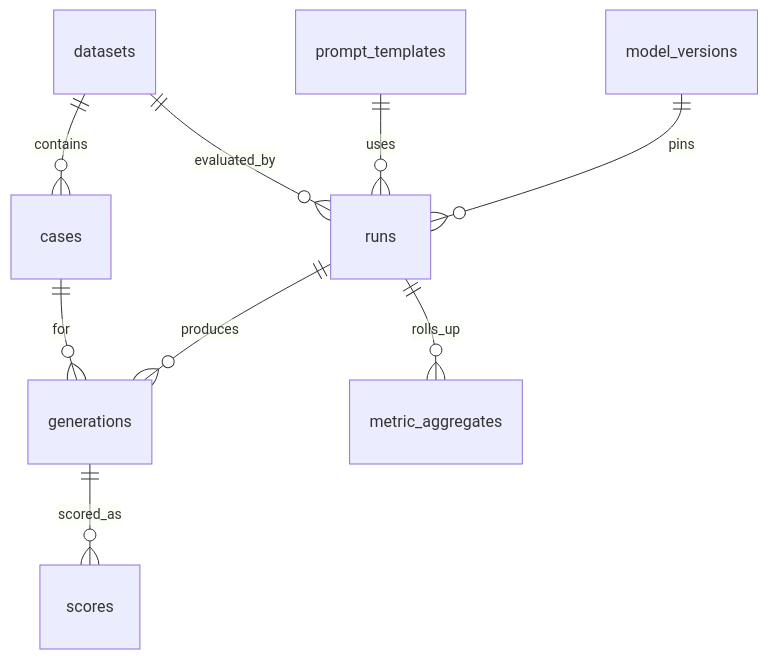
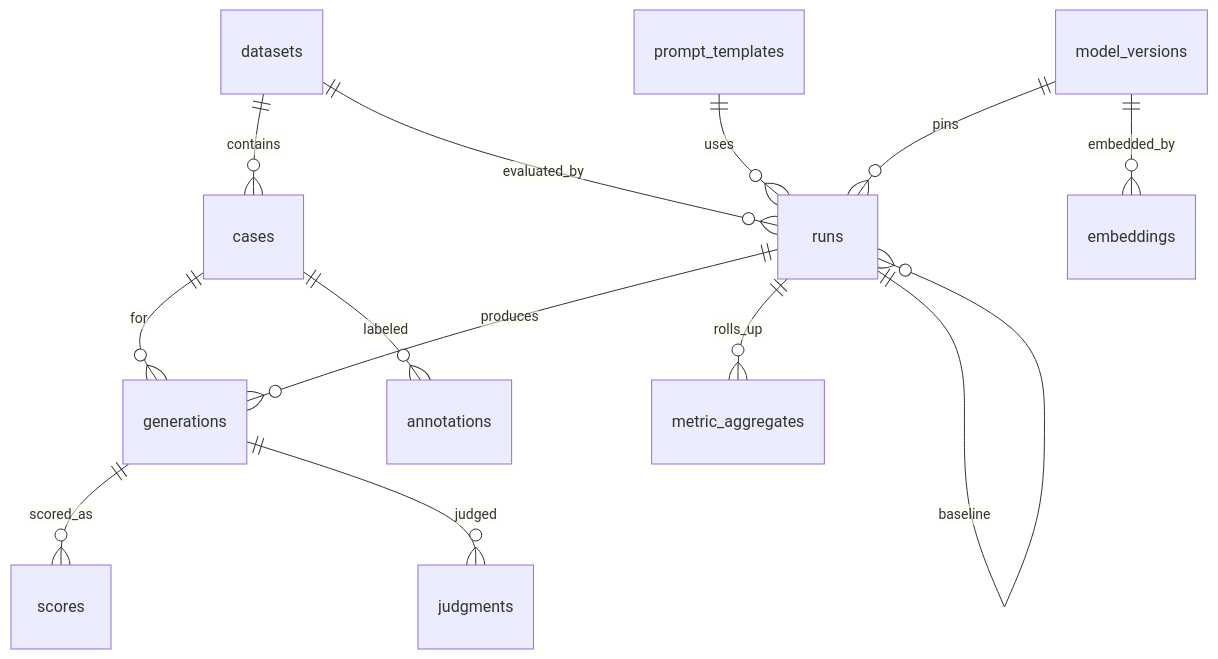
The diagram in docs/schema.md (DimitarAtanassov/evalanche), drawn with Mermaid before and after one commit. The commit also changed other lines of this file and 11 other files, not shown here.

First line of the commit message:
Overhaul documentation for clarity, architecture, and metric narrative

````diff
--- a/docs/schema.md
+++ b/docs/schema.md
@@ -9,11 +29,15 @@
 ```mermaid
 erDiagram
   datasets ||--o{ cases : contains
   datasets ||--o{ runs : evaluated_by
   prompt_templates ||--o{ runs : uses
   model_versions ||--o{ runs : pins
   runs ||--o{ generations : produces
   cases ||--o{ generations : for
   generations ||--o{ scores : scored_as
   runs ||--o{ metric_aggregates : rolls_up
+  runs ||--o{ runs : baseline
+  model_versions ||--o{ embeddings : embedded_by
+  generations ||--o{ judgments : judged
+  cases ||--o{ annotations : labeled
 ```
````
